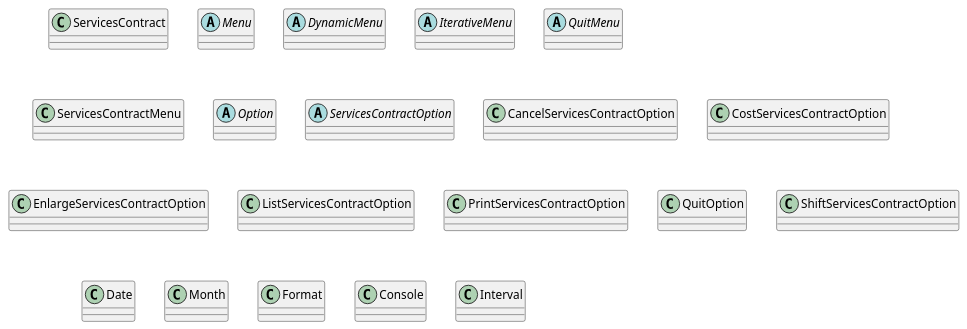
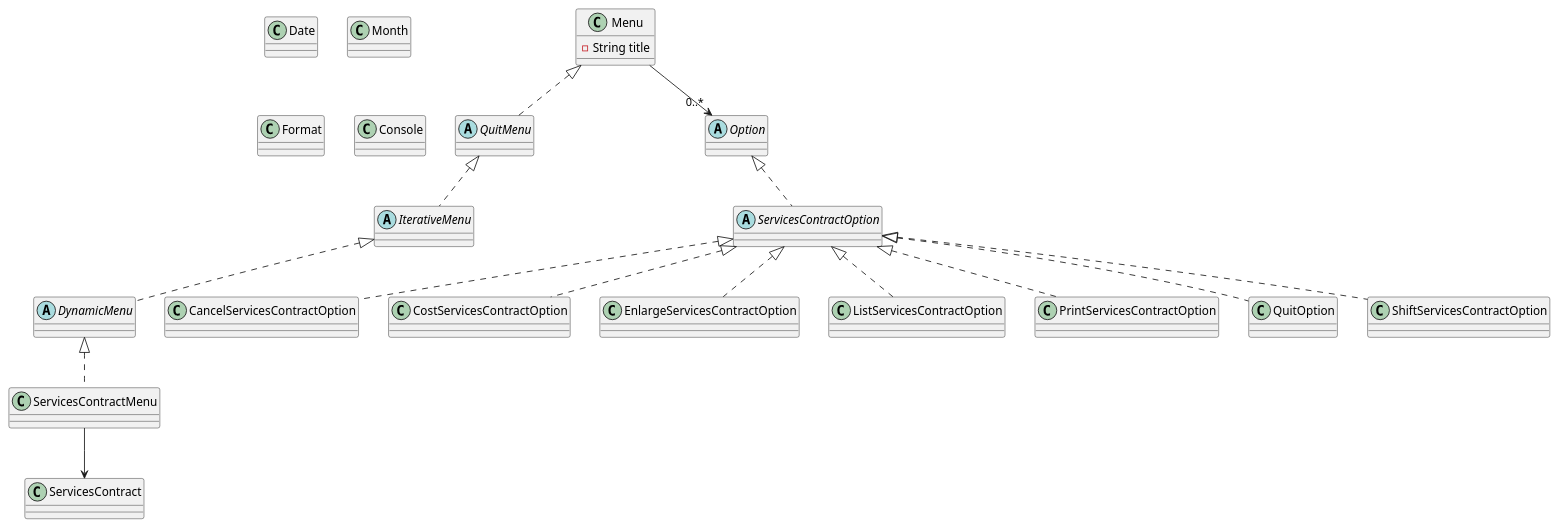
One commit to pbover/MPDS changed the diagram in practicas/UNIDAD_40/ServicesContractMenu/src/es/pbover/master/UML/ModeloClases.puml. Above: the diagram before and after it, drawn with PlantUML. The commit also changed 1 other file, not shown here.

Commit message:
UML v1.0.0 beta

```diff
--- a/practicas/UNIDAD_40/ServicesContractMenu/src/es/pbover/master/UML/ModeloClases.puml
+++ b/practicas/UNIDAD_40/ServicesContractMenu/src/es/pbover/master/UML/ModeloClases.puml
@@ -1,22 +1,47 @@
 @startuml
 class ServicesContract
 abstract class Menu
 abstract class DynamicMenu
 abstract class IterativeMenu
 abstract class QuitMenu
 class ServicesContractMenu
 abstract class Option
 abstract class ServicesContractOption
 class CancelServicesContractOption
 class CostServicesContractOption
 class EnlargeServicesContractOption
 class ListServicesContractOption
 class PrintServicesContractOption
 class QuitOption
 class ShiftServicesContractOption
 class Date
 class Month
 class Format
 class Console
-class Interval
+
+Option <|.. ServicesContractOption
+
+ServicesContractOption <|.. CancelServicesContractOption
+ServicesContractOption <|.. CostServicesContractOption
+ServicesContractOption <|.. EnlargeServicesContractOption
+ServicesContractOption <|.. ListServicesContractOption
+ServicesContractOption <|.. PrintServicesContractOption 
+ServicesContractOption <|.. QuitOption 
+ServicesContractOption <|.. ShiftServicesContractOption 
+
+
+class Menu {
+ - String title
+}
+
+
+Menu <|.. QuitMenu
+QuitMenu <|.. IterativeMenu
+IterativeMenu <|.. DynamicMenu
+DynamicMenu <|.. ServicesContractMenu 
+
+
+Menu -->"0..*" Option
+ServicesContractMenu --> ServicesContract
+
 @enduml
```
